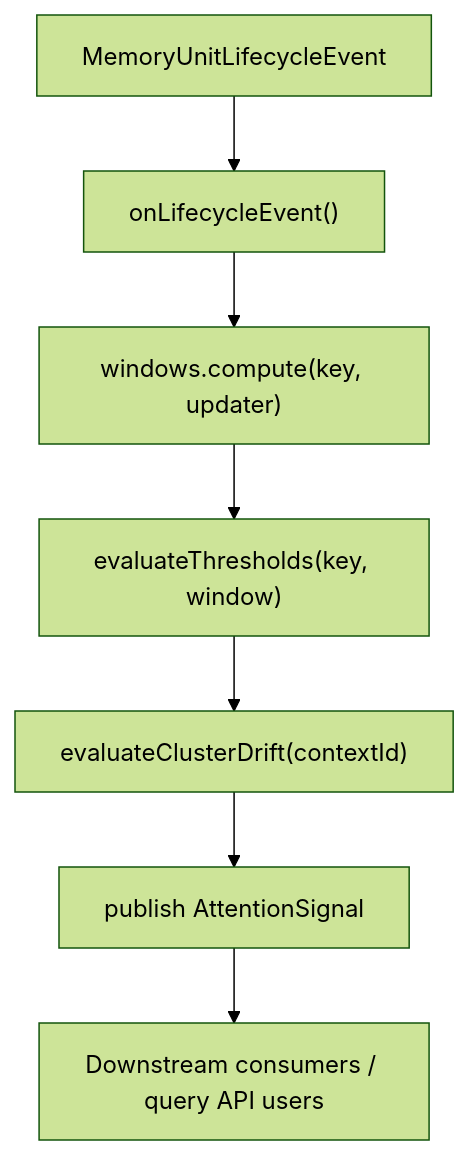
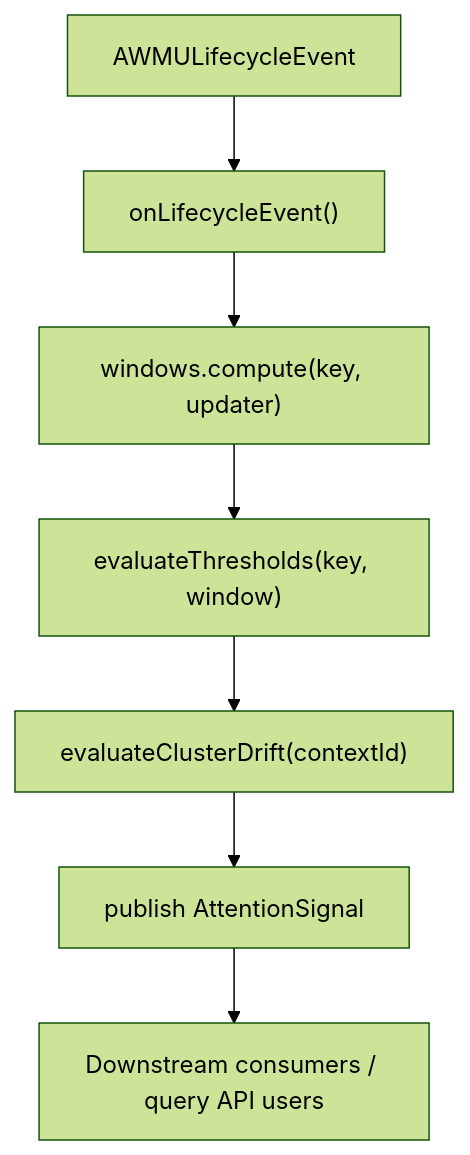
The first of 2 diagrams in docs/attention-tracker-architecture.md (jimador/arc-mem), drawn with Mermaid (forest theme) before and after one commit. The commit also changed other lines of this file and 125 other files, not shown here.

````diff
--- a/docs/attention-tracker-architecture.md
+++ b/docs/attention-tracker-architecture.md
@@ -29,9 +29,9 @@
 ```mermaid
 flowchart TD
-    E["MemoryUnitLifecycleEvent"] --> L["onLifecycleEvent()"]
+    E["AWMULifecycleEvent"] --> L["onLifecycleEvent()"]
     L --> U["windows.compute(key, updater)"]
     U --> T["evaluateThresholds(key, window)"]
     T --> C["evaluateClusterDrift(contextId)"]
     C --> P["publish AttentionSignal"]
     P --> D["Downstream consumers / query API users"]
 ```
````
